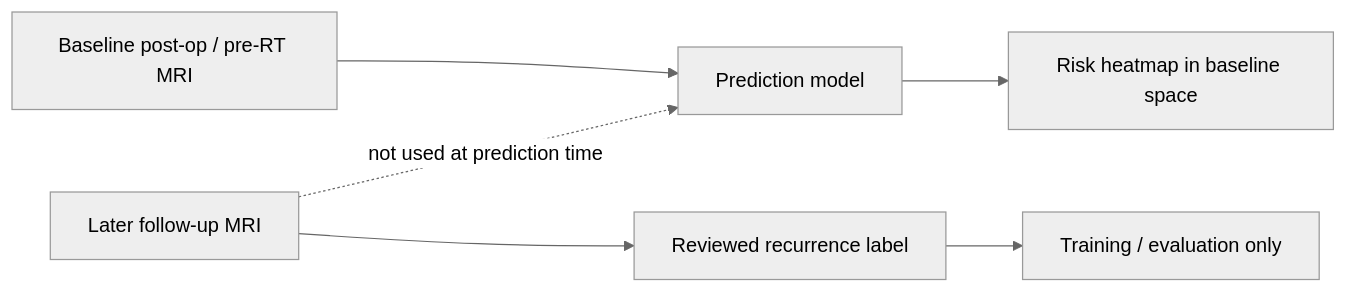
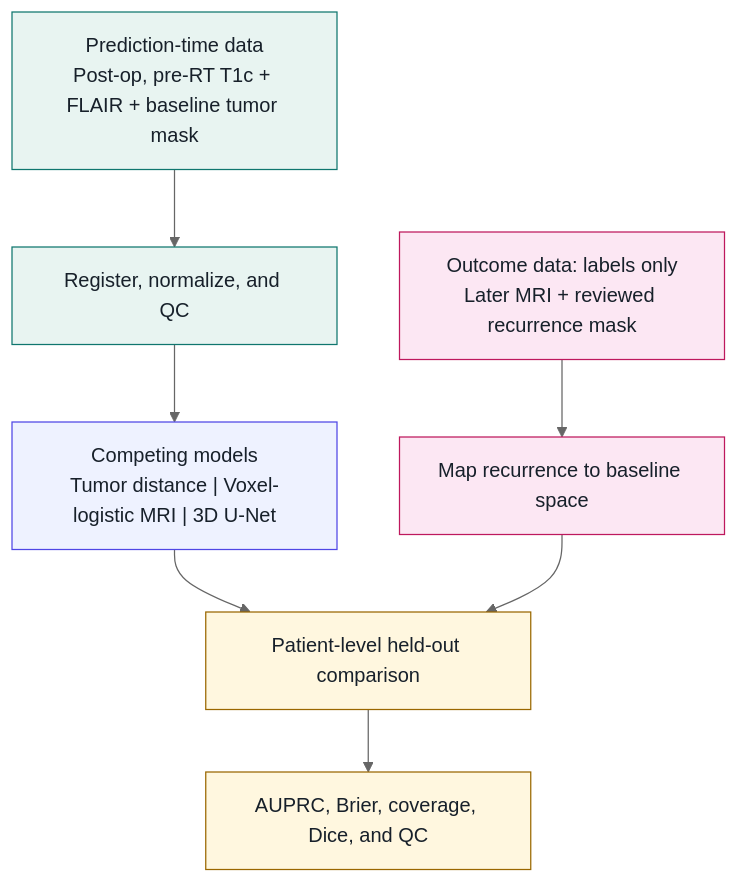
One commit to danhussey/brain-cancer-recurrence changed the diagram in README.md. Above: the diagram before and after it, drawn with Mermaid (neutral theme). The commit also changed other lines of this file and 8 other files, not shown here.

````diff
--- a/README.md
+++ b/README.md
@@ -50,8 +34,22 @@
 ```mermaid
-flowchart LR
-  baseline["Baseline post-op / pre-RT MRI"] --> model["Prediction model"]
-  model --> risk["Risk heatmap in baseline space"]
-  followup["Later follow-up MRI"] --> label["Reviewed recurrence label"]
-  label --> eval["Training / evaluation only"]
-  followup -. not used at prediction time .-> model
+flowchart TB
+  baseline["Prediction-time data<br/>Post-op, pre-RT T1c + FLAIR + baseline tumor mask"]
+  prep["Register, normalize, and QC"]
+  models["Competing models<br/>Tumor distance | Voxel-logistic MRI | 3D U-Net"]
+  followup["Outcome data: labels only<br/>Later MRI + reviewed recurrence mask"]
+  mapped["Map recurrence to baseline space"]
+  compare["Patient-level held-out comparison"]
+  compare --> outputs["AUPRC, Brier, coverage, Dice, and QC"]
+
+  baseline --> prep --> models --> compare
+  followup --> mapped --> compare
+
+  classDef input fill:#e8f4f1,stroke:#0f766e,color:#17202a
+  classDef model fill:#eef2ff,stroke:#4f46e5,color:#17202a
+  classDef label fill:#fce7f3,stroke:#be185d,color:#17202a
+  classDef result fill:#fff7df,stroke:#9a6700,color:#17202a
+  class baseline,prep input
+  class models model
+  class followup,mapped label
+  class compare,outputs result
 ```
````
